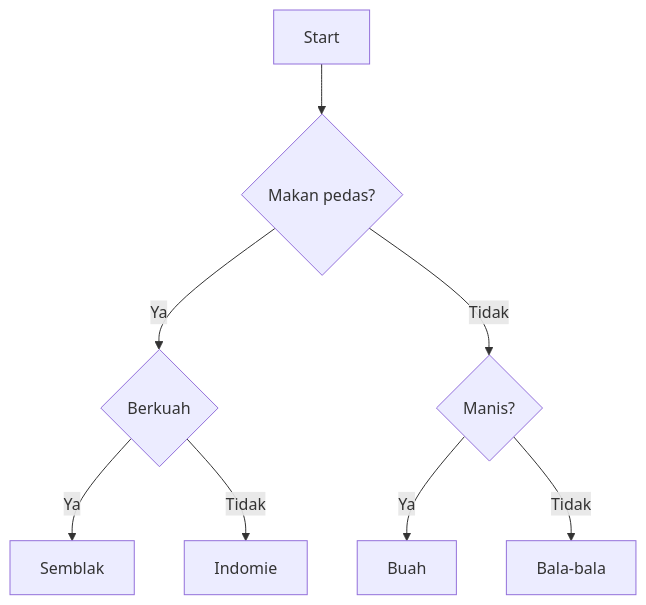
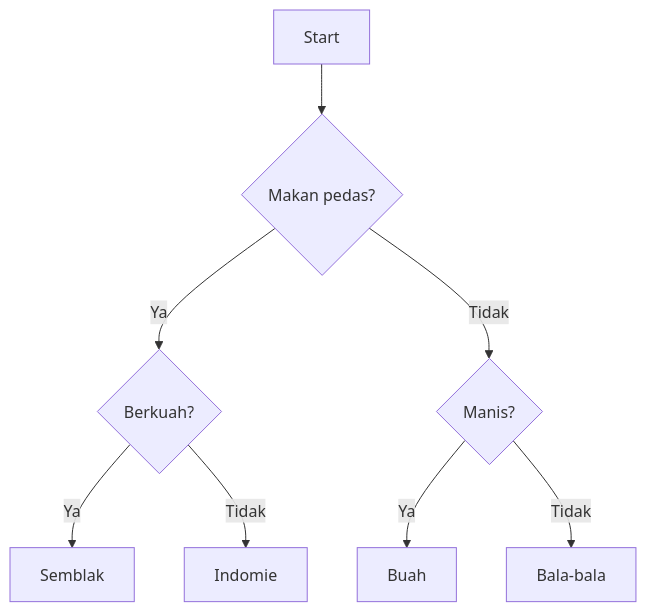
The diagram in latihan/latihan-if-1.md (ruang-belajar/python), drawn with Mermaid before and after one commit. The commit also changed 3 other files, not shown here.

````diff
--- a/latihan/latihan-if-1.md
+++ b/latihan/latihan-if-1.md
@@ -5,10 +5,10 @@
 ```mermaid
 flowchart TD;
     A[Start]-->B{Makan pedas?}
-    B-->|Ya| C{Berkuah}
+    B-->|Ya| C{Berkuah?}
     C-->|Ya| D[Semblak]
     C-->|Tidak| E[Indomie]
     B-->|Tidak| F{Manis?}
     F-->|Ya| G[Buah]
     F-->|Tidak| H[Bala-bala]
 ```
````
